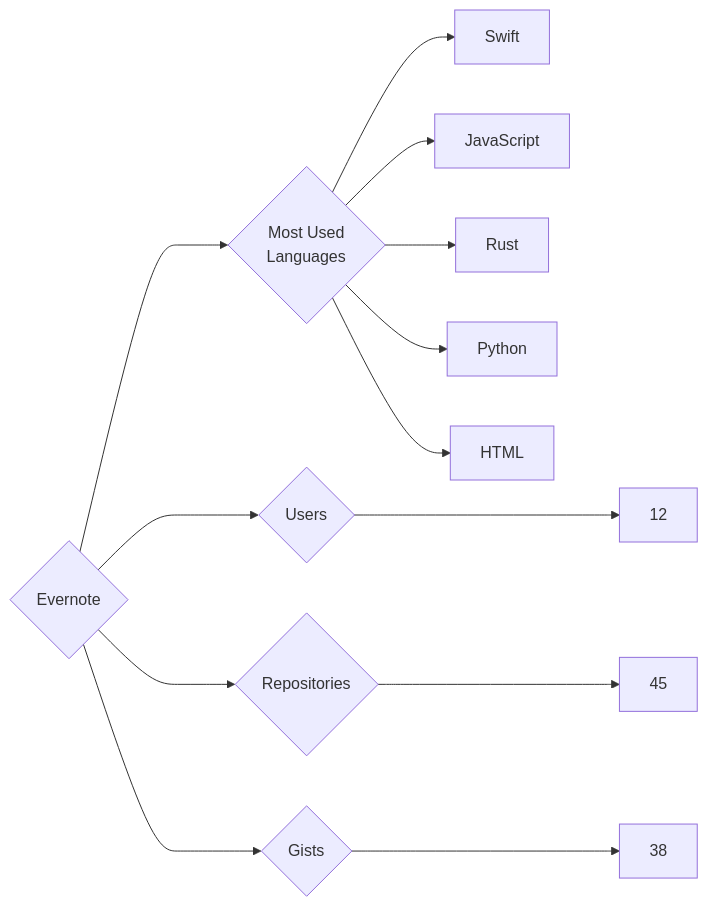
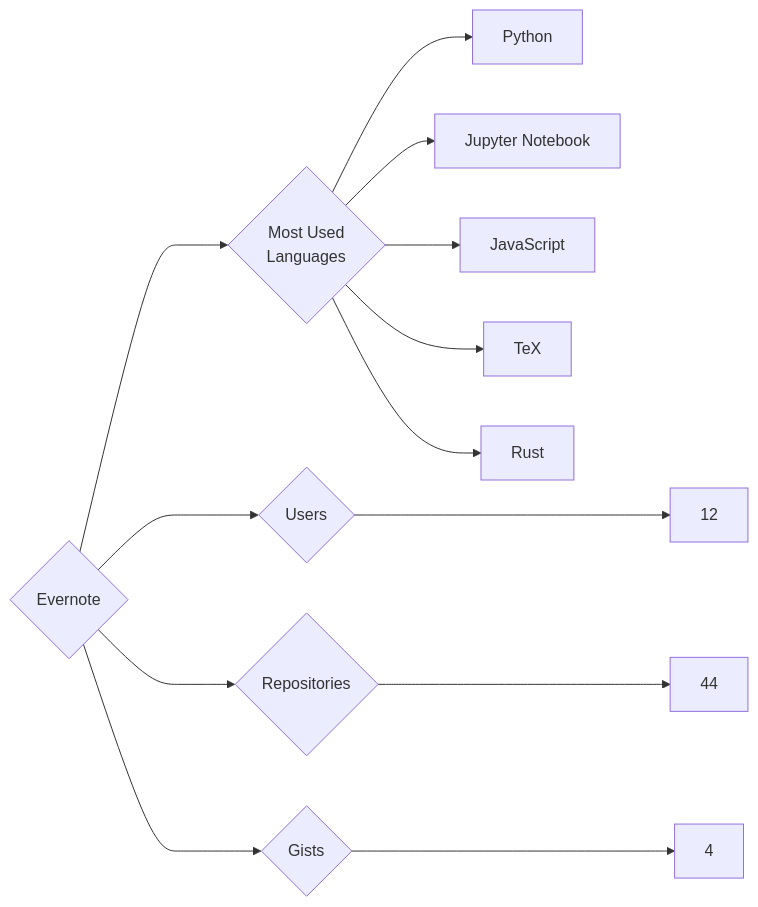
The diagram in targets/Evernote/README.md (trickest/insiders), drawn with Mermaid before and after one commit. The commit also changed 916 other files, not shown here.

````diff
--- a/targets/Evernote/README.md
+++ b/targets/Evernote/README.md
@@ -3,13 +3,13 @@
 ```mermaid
 graph LR
 COMPANY_NAME{Evernote}
 COMPANY_NAME ---> U{Users} ---> UN[12]
-COMPANY_NAME ---> R{Repositories} ---> RN[45]
-COMPANY_NAME ---> G{Gists} ---> GN[38]
+COMPANY_NAME ---> R{Repositories} ---> RN[44]
+COMPANY_NAME ---> G{Gists} ---> GN[4]
 COMPANY_NAME ---> ML{Most Used<br>Languages}
-ML --> Swift[Swift]
+ML --> Python[Python]
+ML --> Jupyter_Notebook[Jupyter Notebook]
 ML --> JavaScript[JavaScript]
+ML --> TeX[TeX]
 ML --> Rust[Rust]
-ML --> Python[Python]
-ML --> HTML[HTML]
 ```
````
